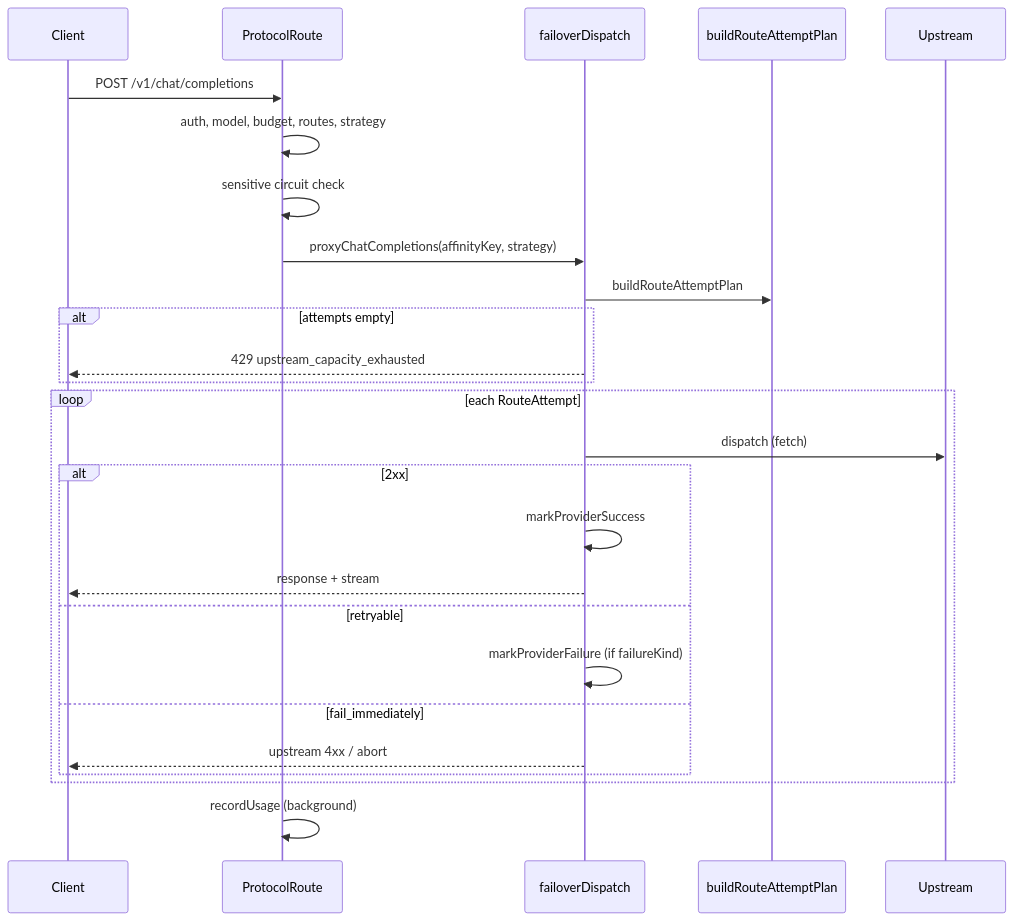
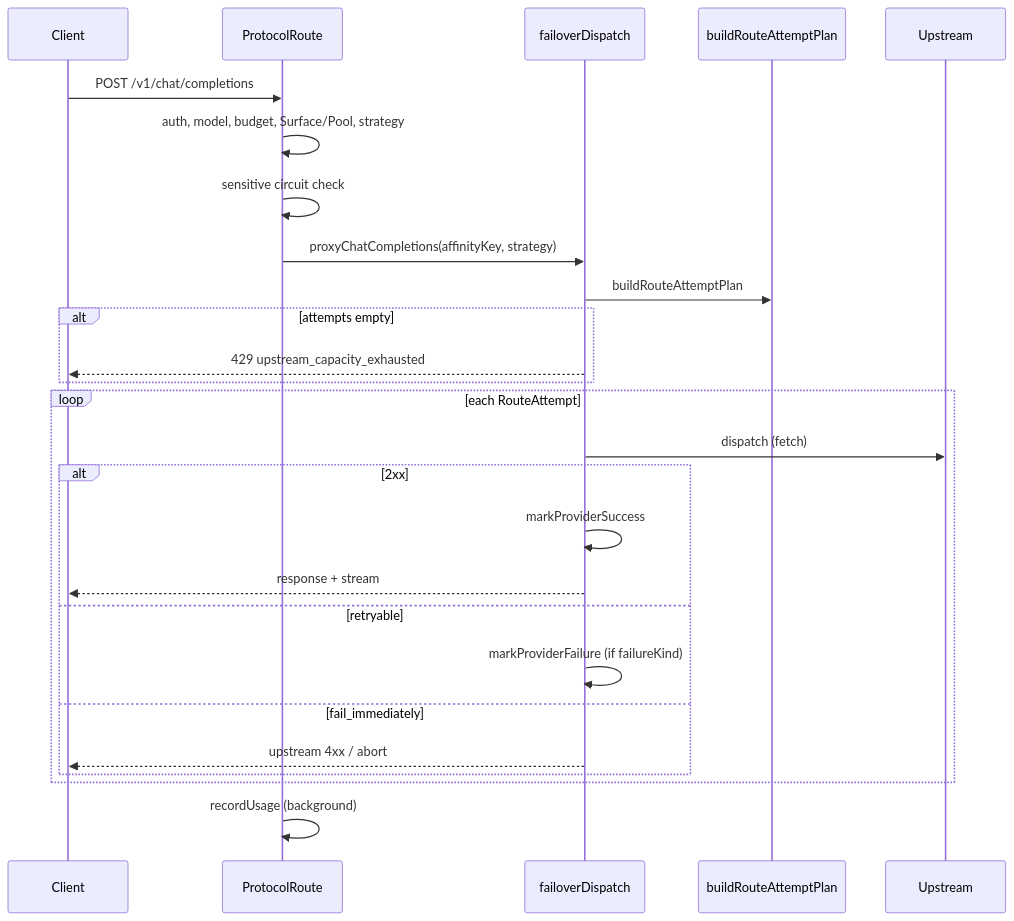
Before and after one commit to 827802685/cloud-api: the second of 2 diagrams in docs/developers/architecture/proxy-request-lifecycle.md, drawn with Mermaid. The commit also changed other lines of this file and 35 other files, not shown here.

````diff
--- a/docs/developers/architecture/proxy-request-lifecycle.md
+++ b/docs/developers/architecture/proxy-request-lifecycle.md
@@ -128,29 +130,29 @@
 ```mermaid
 sequenceDiagram
   participant C as Client
   participant R as ProtocolRoute
   participant F as failoverDispatch
   participant S as buildRouteAttemptPlan
   participant U as Upstream
 
   C->>R: POST /v1/chat/completions
-  R->>R: auth, model, budget, routes, strategy
+  R->>R: auth, model, budget, Surface/Pool, strategy
   R->>R: sensitive circuit check
   R->>F: proxyChatCompletions(affinityKey, strategy)
   F->>S: buildRouteAttemptPlan
   alt attempts empty
     F-->>C: 429 upstream_capacity_exhausted
   end
   loop each RouteAttempt
     F->>U: dispatch (fetch)
     alt 2xx
       F->>F: markProviderSuccess
       F-->>C: response + stream
     else retryable
       F->>F: markProviderFailure (if failureKind)
     else fail_immediately
       F-->>C: upstream 4xx / abort
     end
   end
   R->>R: recordUsage (background)
 ```
````
